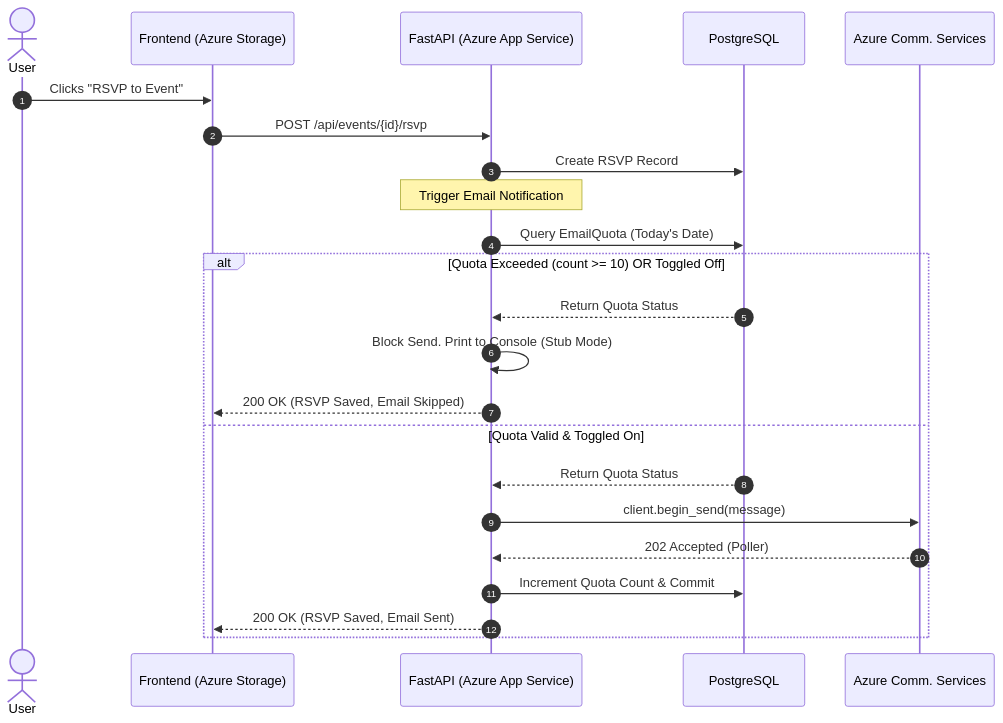
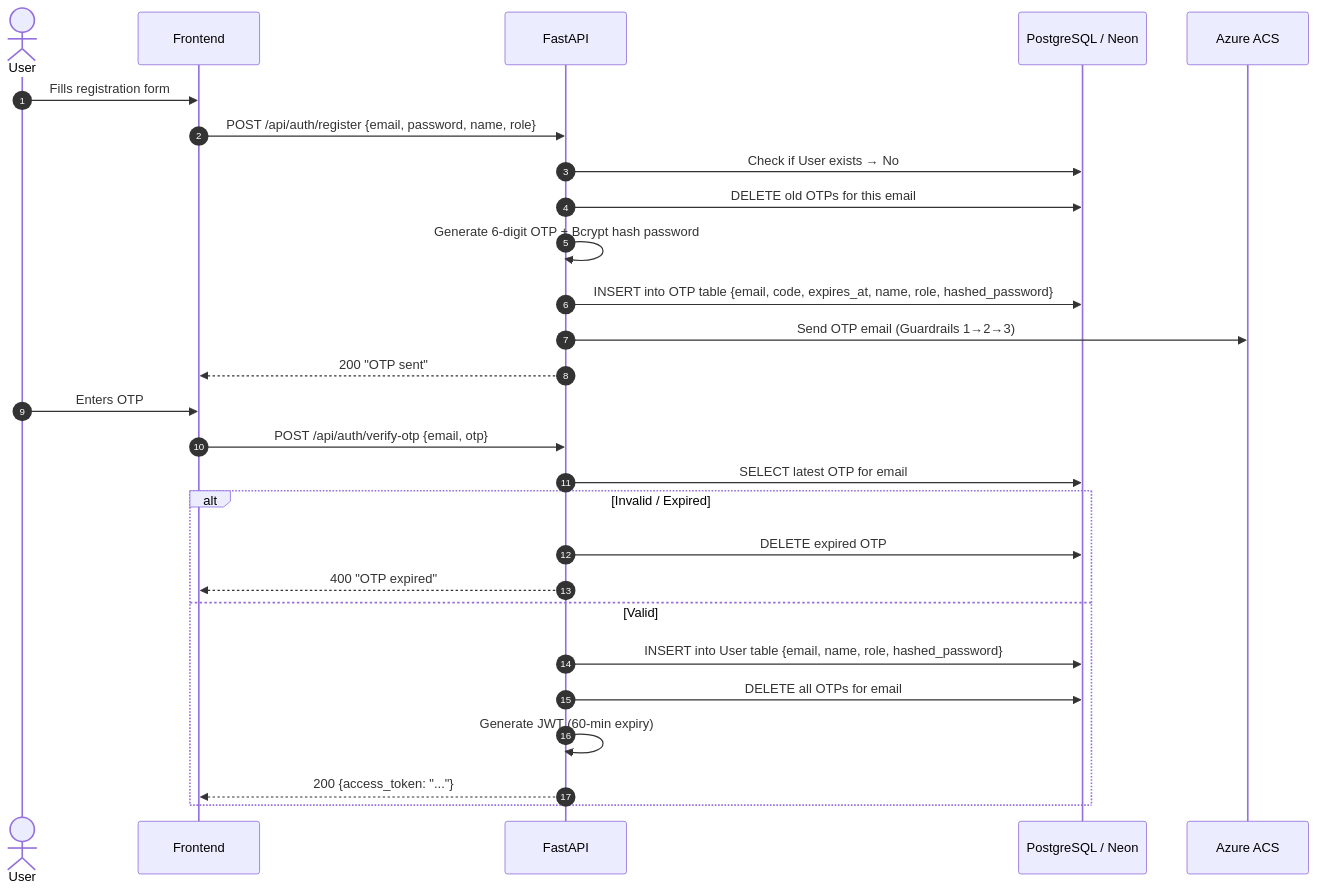
The second of 2 diagrams in docs/adr/ADR-003.md (Dhruv-Puri/2nd-year-Internship), drawn with Mermaid before and after one commit. The commit also changed other lines of this file, not shown here.

````diff
--- a/docs/adr/ADR-003.md
+++ b/docs/adr/ADR-003.md
@@ -19,28 +141,32 @@
 ```mermaid
 sequenceDiagram
     autonumber
     actor User
-    participant UI as Frontend (Azure Storage)
-    participant API as FastAPI (Azure App Service)
-    participant DB as PostgreSQL
-    participant ACS as Azure Comm. Services
+    participant FE as Frontend
+    participant API as FastAPI
+    participant DB as PostgreSQL / Neon
+    participant ACS as Azure ACS
 
-    User->>UI: Clicks "RSVP to Event"
-    UI->>API: POST /api/events/{id}/rsvp
-    API->>DB: Create RSVP Record
+    User->>FE: Fills registration form
+    FE->>API: POST /api/auth/register {email, password, name, role}
+    API->>DB: Check if User exists → No
+    API->>DB: DELETE old OTPs for this email
+    API->>API: Generate 6-digit OTP + Bcrypt hash password
+    API->>DB: INSERT into OTP table {email, code, expires_at, name, role, hashed_password}
+    API->>ACS: Send OTP email (Guardrails 1→2→3)
+    API-->>FE: 200 "OTP sent"
+
+    User->>FE: Enters OTP
+    FE->>API: POST /api/auth/verify-otp {email, otp}
+    API->>DB: SELECT latest OTP for email
     
-    Note over API: Trigger Email Notification
-    API->>DB: Query EmailQuota (Today's Date)
-    
-    alt Quota Exceeded (count >= 10) OR Toggled Off
-        DB-->>API: Return Quota Status
-        API->>API: Block Send. Print to Console (Stub Mode)
-        API-->>UI: 200 OK (RSVP Saved, Email Skipped)
-    else Quota Valid & Toggled On
-        DB-->>API: Return Quota Status
-        API->>ACS: client.begin_send(message)
-        ACS-->>API: 202 Accepted (Poller)
-        API->>DB: Increment Quota Count & Commit
-        API-->>UI: 200 OK (RSVP Saved, Email Sent)
+    alt Invalid / Expired
+        API->>DB: DELETE expired OTP
+        API-->>FE: 400 "OTP expired"
+    else Valid
+        API->>DB: INSERT into User table {email, name, role, hashed_password}
+        API->>DB: DELETE all OTPs for email
+        API->>API: Generate JWT (60-min expiry)
+        API-->>FE: 200 {access_token: "..."}
     end
 ```
````
